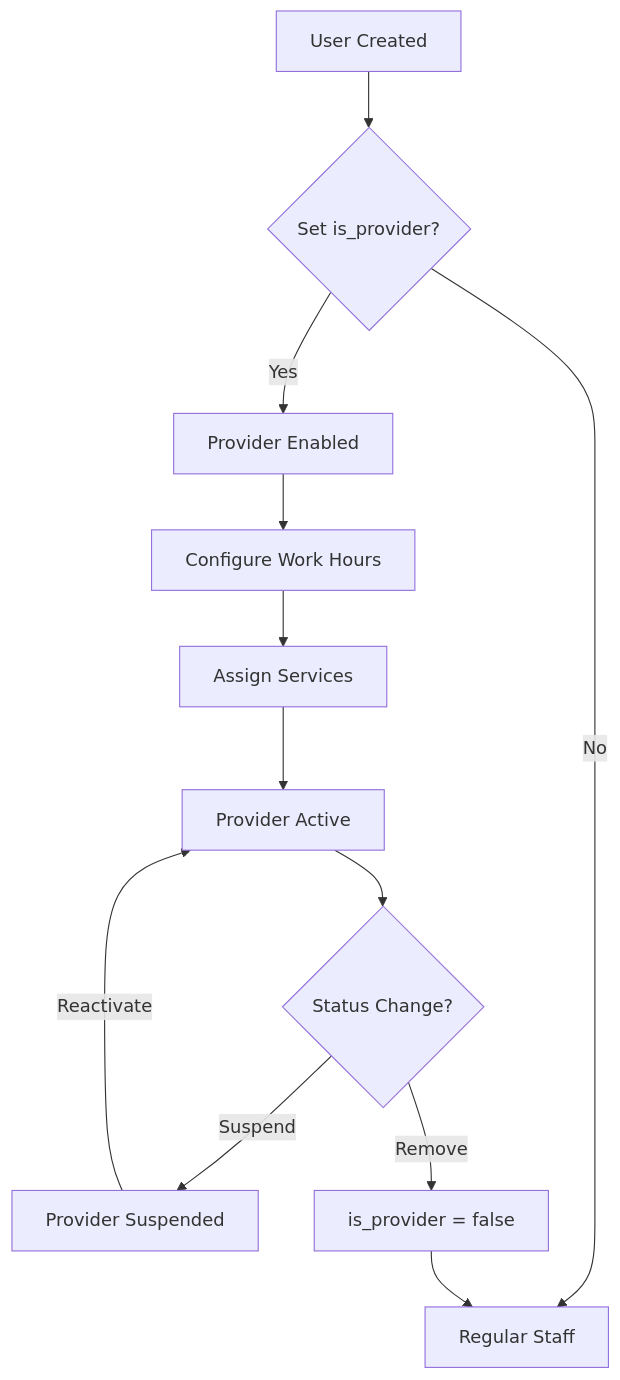
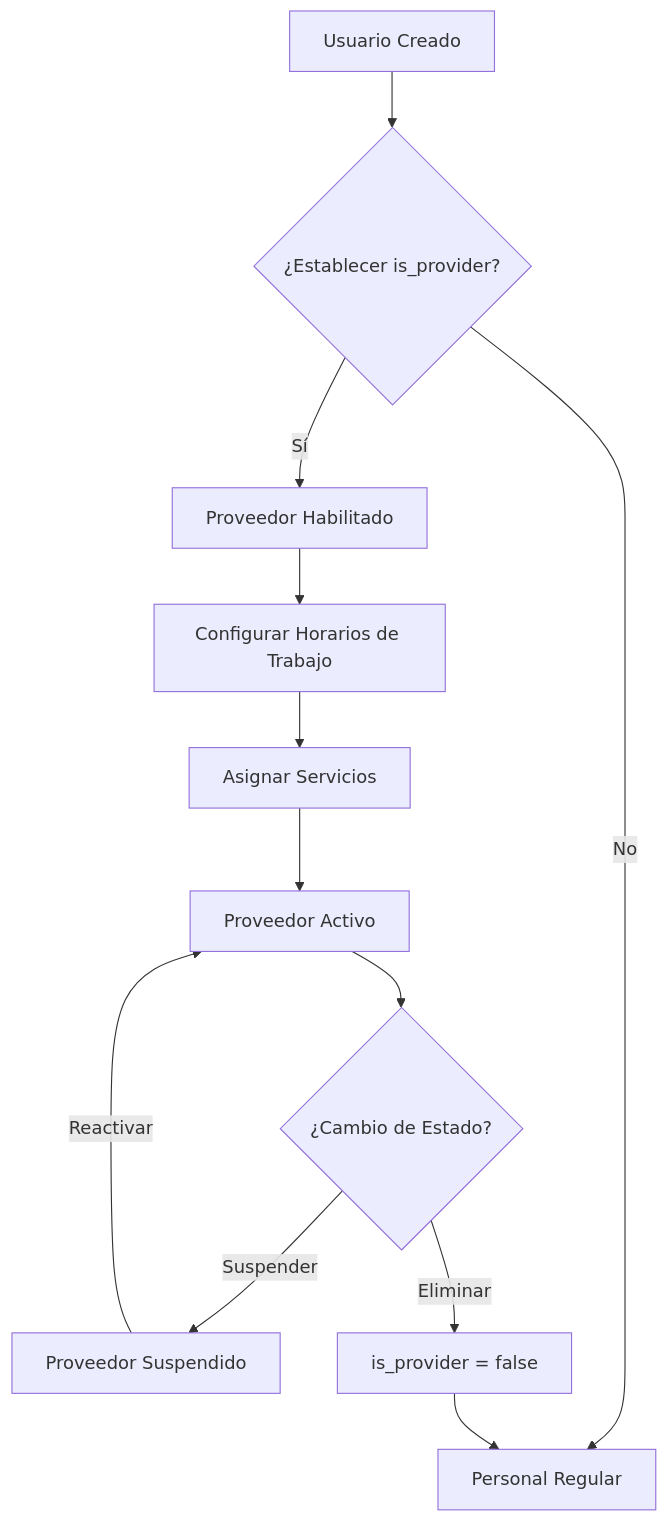
The diagram in providers/overview.mdx (d0rk1s/docs), drawn with Mermaid before and after one commit. The commit also changed other lines of this file and 21 other files, not shown here.

````diff
--- a/providers/overview.mdx
+++ b/providers/overview.mdx
@@ -112,14 +73,14 @@
 ```mermaid
 graph TD
-    A[User Created] --> B{Set is_provider?}
-    B -->|Yes| C[Provider Enabled]
-    B -->|No| D[Regular Staff]
-    C --> E[Configure Work Hours]
-    E --> F[Assign Services]
-    F --> G[Provider Active]
-    G --> H{Status Change?}
-    H -->|Suspend| I[Provider Suspended]
-    H -->|Remove| J[is_provider = false]
-    I -->|Reactivate| G
+    A[Usuario Creado] --> B{¿Establecer is_provider?}
+    B -->|Sí| C[Proveedor Habilitado]
+    B -->|No| D[Personal Regular]
+    C --> E[Configurar Horarios de Trabajo]
+    E --> F[Asignar Servicios]
+    F --> G[Proveedor Activo]
+    G --> H{¿Cambio de Estado?}
+    H -->|Suspender| I[Proveedor Suspendido]
+    H -->|Eliminar| J[is_provider = false]
+    I -->|Reactivar| G
     J --> D
 ```
````
